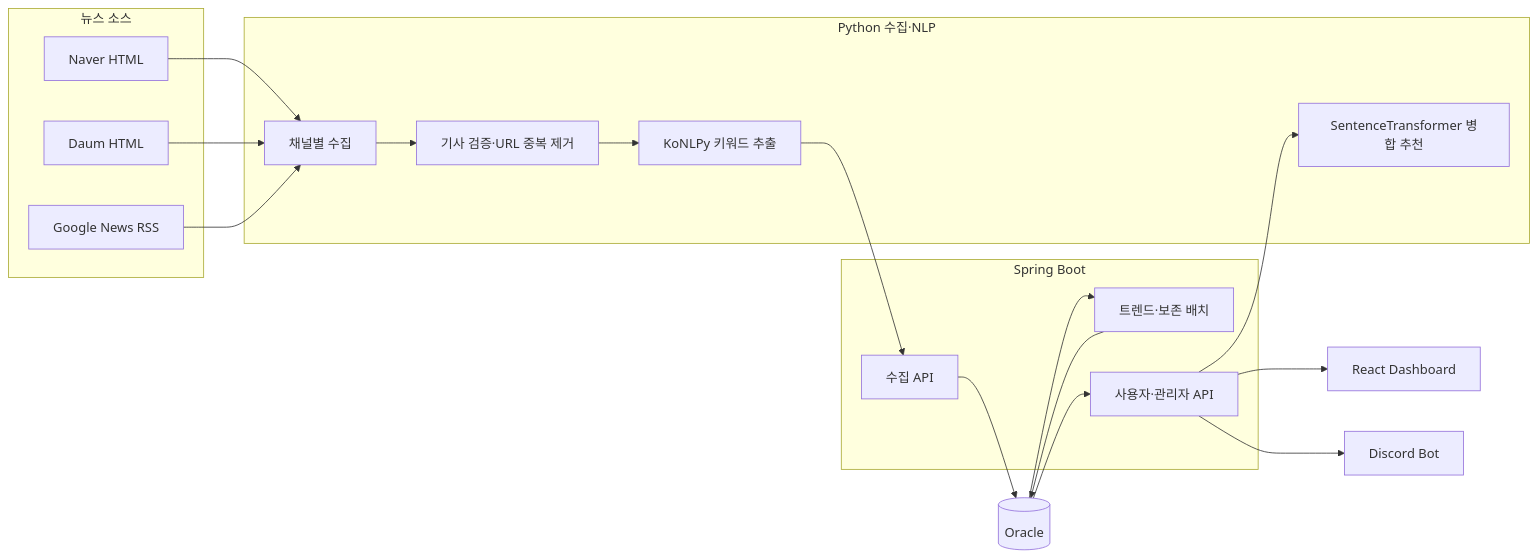
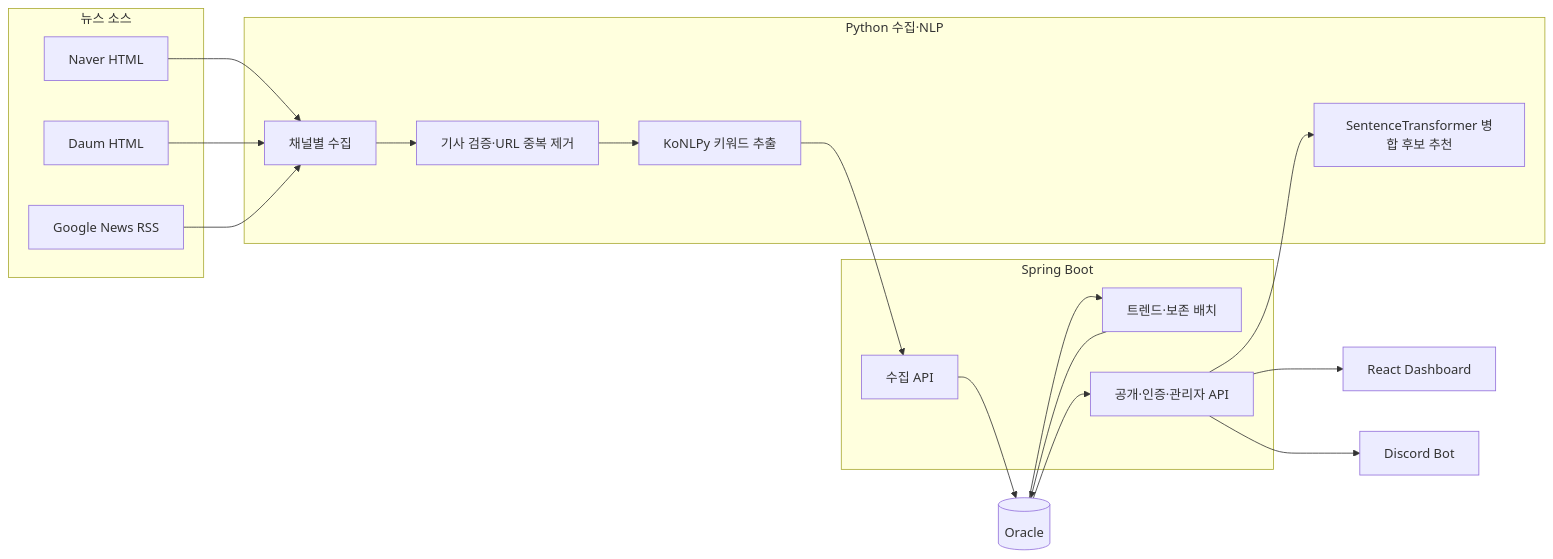
One commit to toxh13/trend-analyzer-portfolio changed the diagram in README.md. Above: the diagram before and after it, drawn with Mermaid. The commit also changed other lines of this file and 2 other files, not shown here.

````diff
--- a/README.md
+++ b/README.md
@@ -19,34 +42,34 @@
 ```mermaid
 flowchart LR
     subgraph Sources[뉴스 소스]
         N[Naver HTML]
         D[Daum HTML]
         R[Google News RSS]
     end
 
     subgraph Python[Python 수집·NLP]
         C[채널별 수집]
         V[기사 검증·URL 중복 제거]
         K[KoNLPy 키워드 추출]
-        M[SentenceTransformer 병합 추천]
+        M[SentenceTransformer 병합 후보 추천]
     end
 
     subgraph Spring[Spring Boot]
         I[수집 API]
         B[트렌드·보존 배치]
-        A[사용자·관리자 API]
+        A[공개·인증·관리자 API]
     end
 
     O[(Oracle)]
     W[React Dashboard]
     X[Discord Bot]
 
     N --> C
     D --> C
     R --> C
     C --> V --> K --> I --> O
     O --> B --> O
     O --> A --> W
     A --> X
     A --> M
 ```
````
